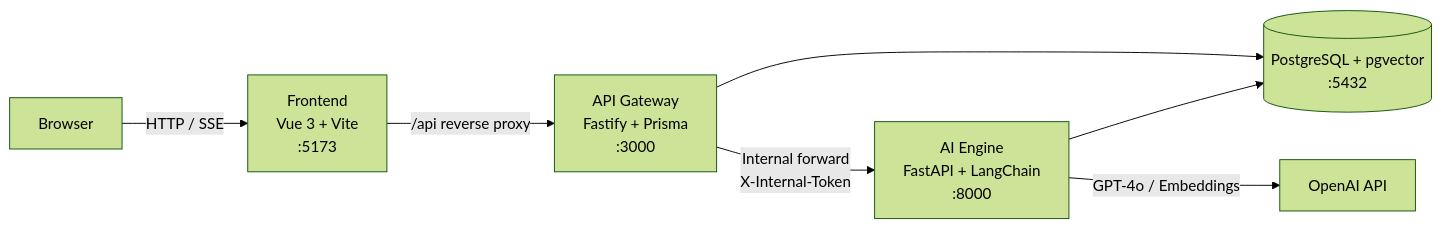
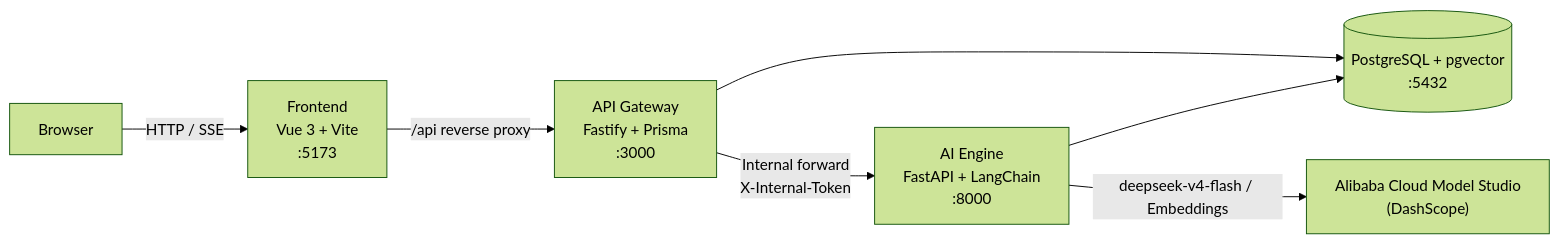
The second of 2 diagrams in README.md (colddaybreak/ka-app), drawn with Mermaid (forest theme) before and after one commit. The commit also changed other lines of this file and 8 other files, not shown here.

First line of the commit message:
feat: switch to Alibaba Cloud Model Studio endpoint and adopt deepseek-v4-flash

````diff
--- a/README.md
+++ b/README.md
@@ -235,9 +236,9 @@
 ```mermaid
 flowchart LR
     U["Browser"] -->|"HTTP / SSE"| FE["Frontend<br/>Vue 3 + Vite<br/>:5173"]
     FE -->|"/api reverse proxy"| GW["API Gateway<br/>Fastify + Prisma<br/>:3000"]
     GW -->|"Internal forward<br/>X-Internal-Token"| AI["AI Engine<br/>FastAPI + LangChain<br/>:8000"]
     GW --> PG[("PostgreSQL + pgvector<br/>:5432")]
     AI --> PG
-    AI -->|"GPT-4o / Embeddings"| LLM["OpenAI API"]
+    AI -->|"deepseek-v4-flash / Embeddings"| LLM["Alibaba Cloud Model Studio<br/>(DashScope)"]
 ```
````
